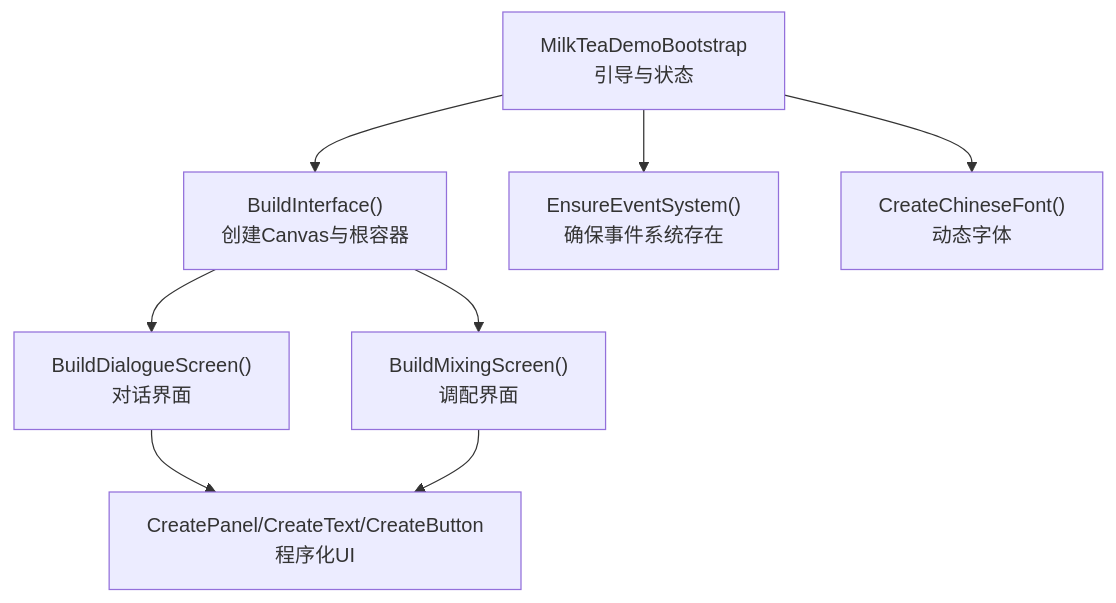
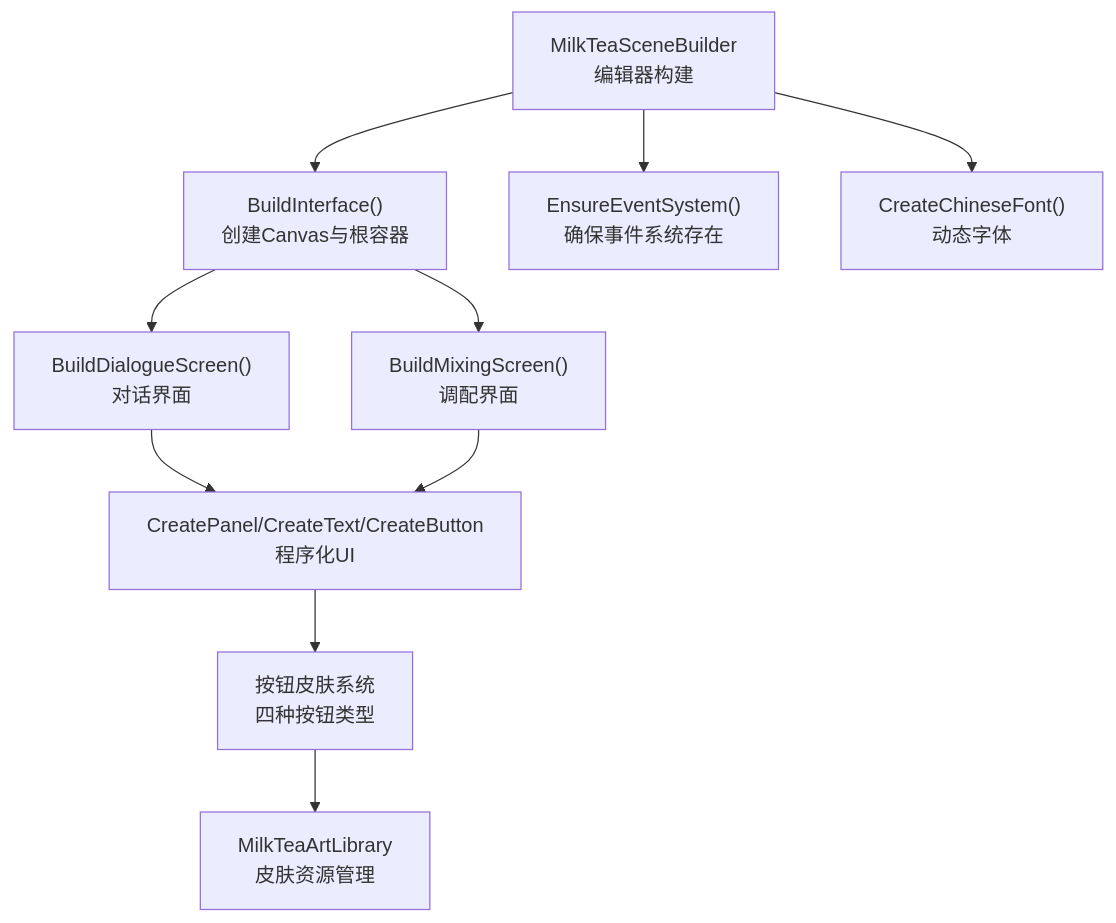
One commit to Thanatos42/-demo changed the first of 6 diagrams in .qoder/repowiki/zh/content/核心系统详解/UI系统架构.md. Above: the diagram before and after it, drawn with Mermaid. The commit also changed other lines of this file and 56 other files, not shown here.

````diff
--- a/.qoder/repowiki/zh/content/核心系统详解/UI系统架构.md
+++ b/.qoder/repowiki/zh/content/核心系统详解/UI系统架构.md
@@ -35,10 +45,12 @@
 ```mermaid
 graph TB
-A["MilkTeaDemoBootstrap<br/>引导与状态"] --> B["BuildInterface()<br/>创建Canvas与根容器"]
+A["MilkTeaSceneBuilder<br/>编辑器构建"] --> B["BuildInterface()<br/>创建Canvas与根容器"]
 B --> C["BuildDialogueScreen()<br/>对话界面"]
 B --> D["BuildMixingScreen()<br/>调配界面"]
 C --> E["CreatePanel/CreateText/CreateButton<br/>程序化UI"]
 D --> E
-A --> F["EnsureEventSystem()<br/>确保事件系统存在"]
-A --> G["CreateChineseFont()<br/>动态字体"]
+E --> F["按钮皮肤系统<br/>四种按钮类型"]
+F --> G["MilkTeaArtLibrary<br/>皮肤资源管理"]
+A --> H["EnsureEventSystem()<br/>确保事件系统存在"]
+A --> I["CreateChineseFont()<br/>动态字体"]
 ```
````
